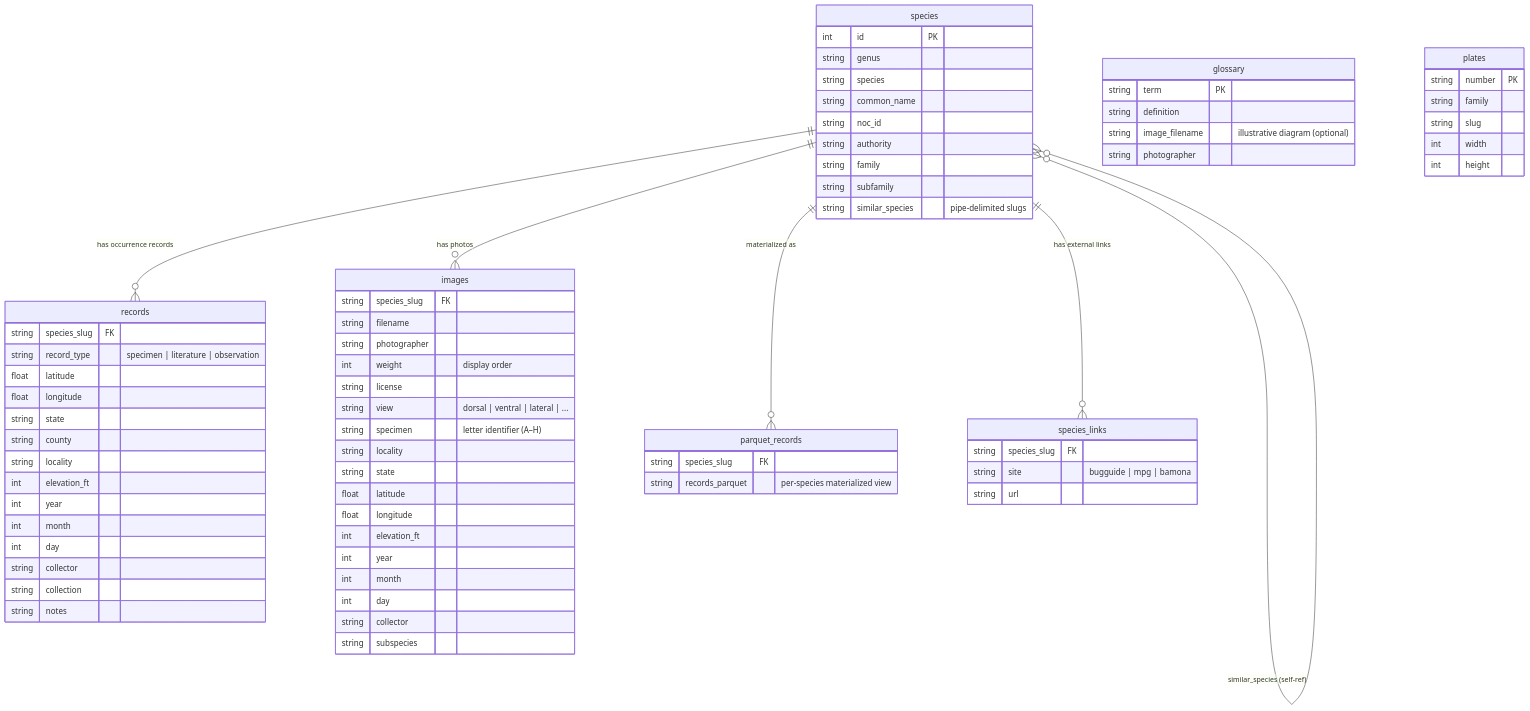
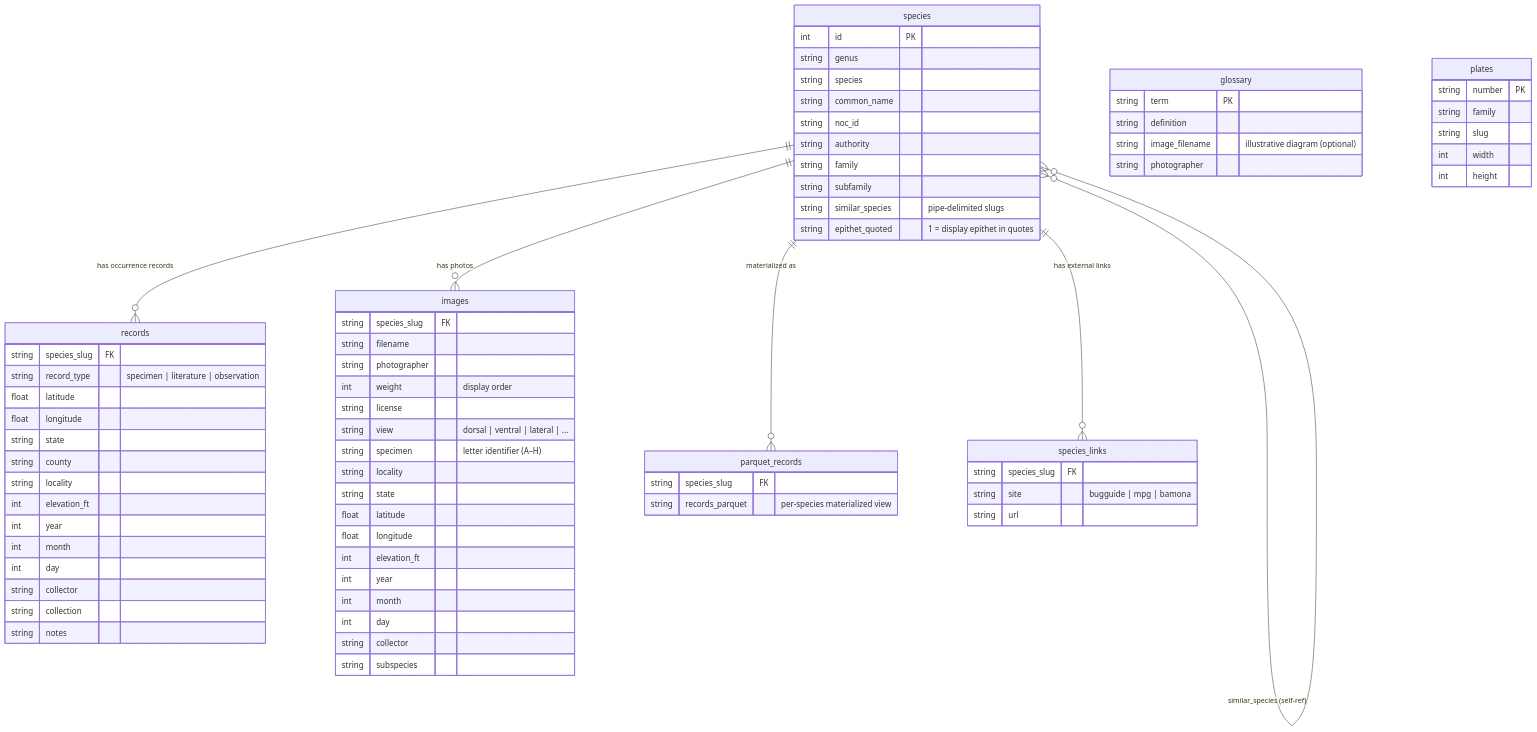
The diagram in data/README.md (pnwinsects/pnwmoths), drawn with Mermaid before and after one commit. The commit also changed other lines of this file and 12 other files, not shown here.

```diff
--- a/data/README.md
+++ b/data/README.md
@@ -16,6 +16,7 @@
         string  family
         string  subfamily
         string  similar_species   "pipe-delimited slugs"
+        string  epithet_quoted    "1 = display epithet in quotes"
     }
 
     records {
```
